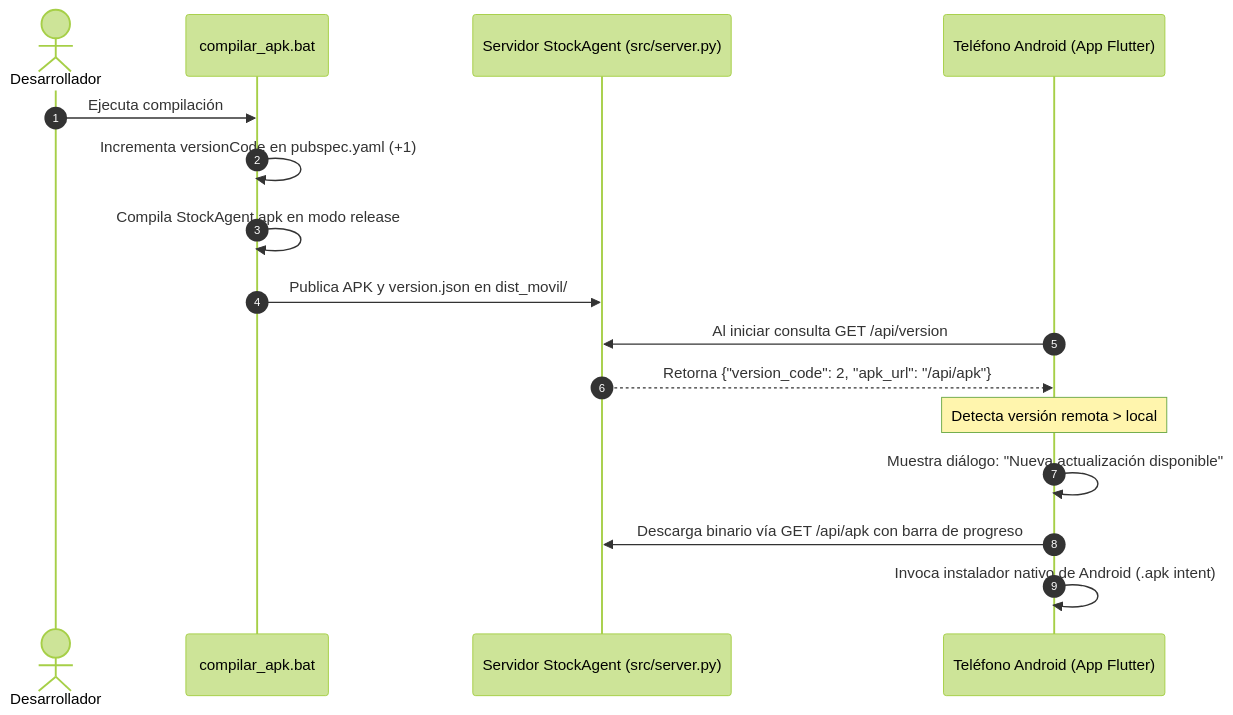
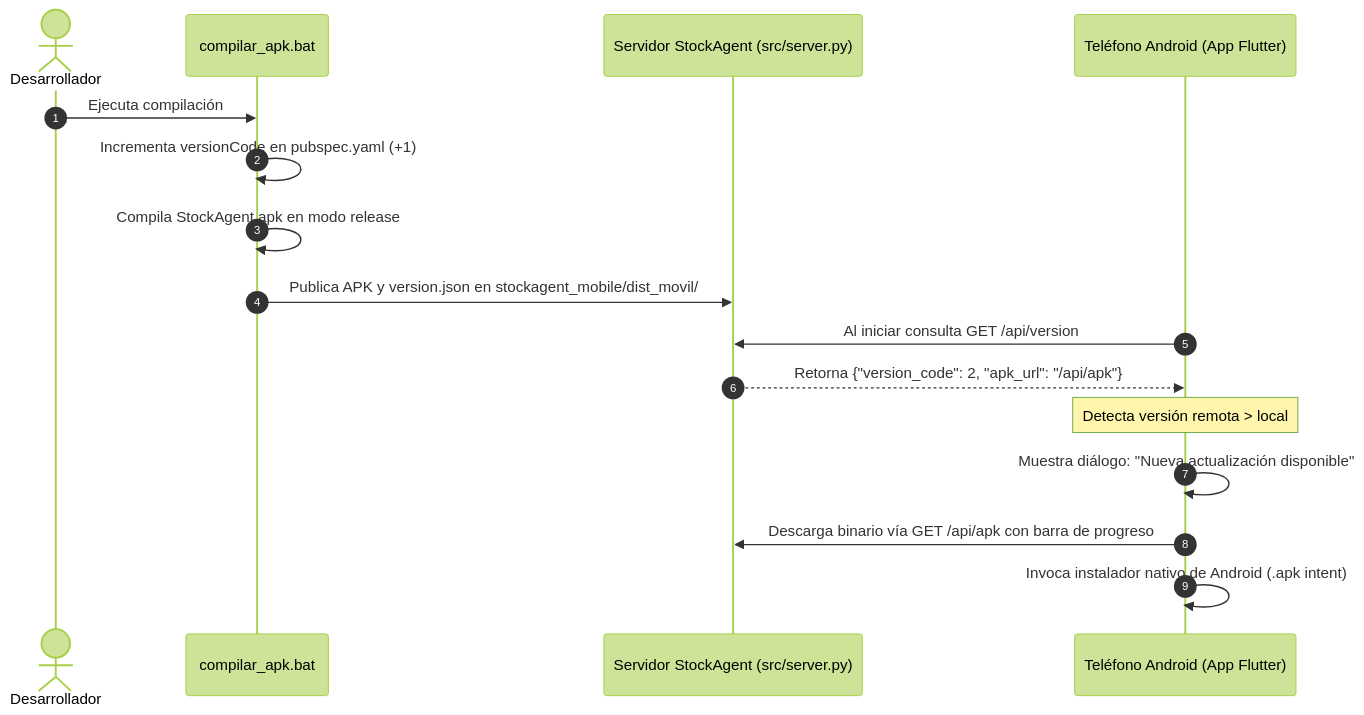
The fourth of 4 diagrams in README.md (Kniball4726/Agentes), drawn with Mermaid (forest theme) before and after one commit. The commit also changed other lines of this file and 27 other files, not shown here.

````diff
--- a/README.md
+++ b/README.md
@@ -1401,19 +1408,19 @@
 ```mermaid
 sequenceDiagram
     autonumber
     actor Dev as Desarrollador
     participant Bat as compilar_apk.bat
     participant Srv as Servidor StockAgent (src/server.py)
     participant App as Teléfono Android (App Flutter)
 
     Dev->>Bat: Ejecuta compilación
     Bat->>Bat: Incrementa versionCode en pubspec.yaml (+1)
     Bat->>Bat: Compila StockAgent.apk en modo release
-    Bat->>Srv: Publica APK y version.json en dist_movil/
+    Bat->>Srv: Publica APK y version.json en stockagent_mobile/dist_movil/
     App->>Srv: Al iniciar consulta GET /api/version
     Srv-->>App: Retorna {"version_code": 2, "apk_url": "/api/apk"}
     Note over App: Detecta versión remota > local
     App->>App: Muestra diálogo: "Nueva actualización disponible"
     App->>Srv: Descarga binario vía GET /api/apk con barra de progreso
     App->>App: Invoca instalador nativo de Android (.apk intent)
 ```
````
